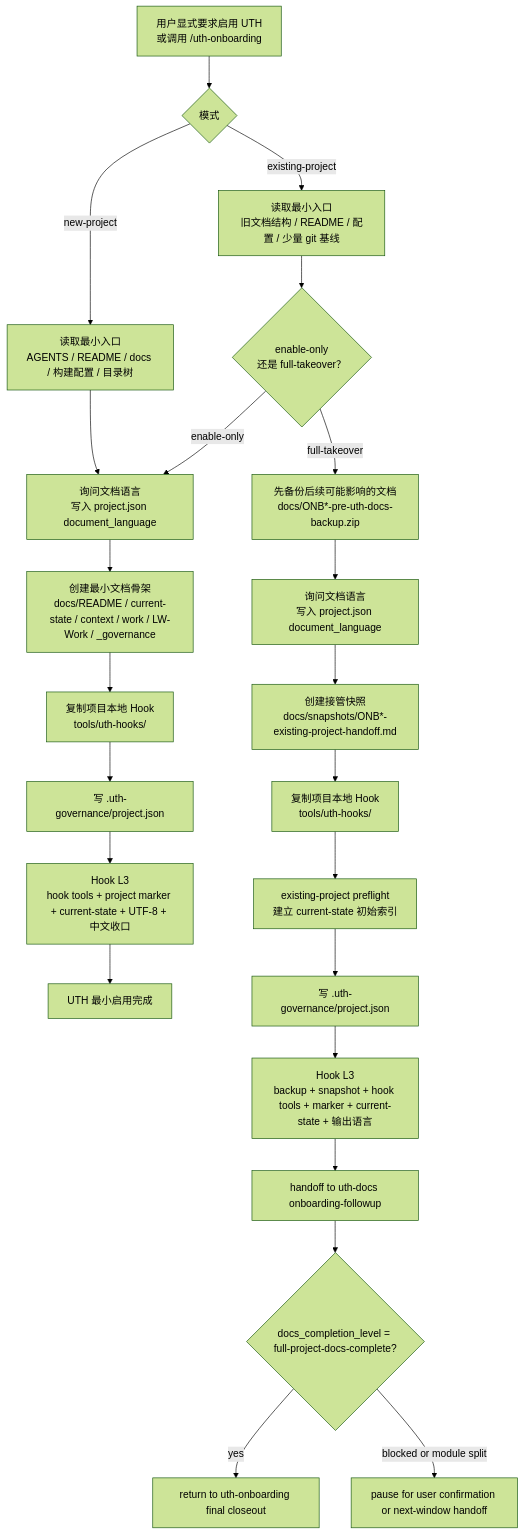
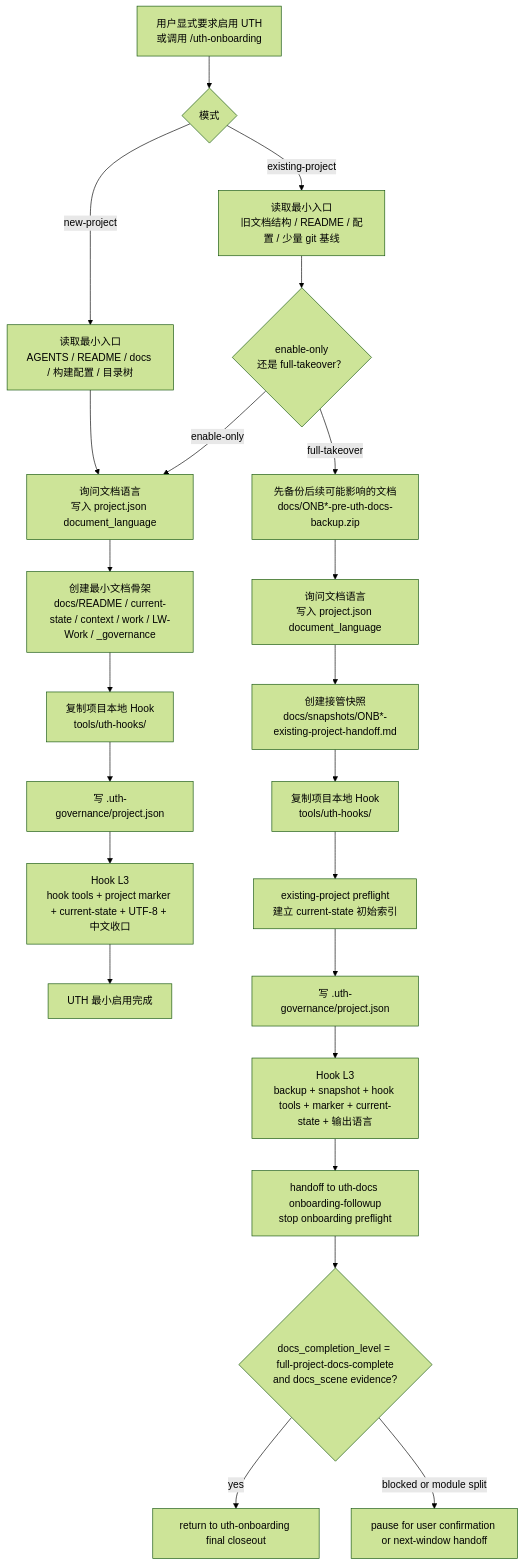
The fourth of 13 diagrams in docs/FLOW_全链路流程图.md (undertaker33/uth-governance), drawn with Mermaid (forest theme) before and after one commit. The commit also changed other lines of this file and 35 other files, not shown here.

````diff
--- a/docs/FLOW_全链路流程图.md
+++ b/docs/FLOW_全链路流程图.md
@@ -95,27 +95,27 @@
 ```mermaid
 flowchart TD
     A["用户显式要求启用 UTH<br/>或调用 /uth-onboarding"] --> B{"模式"}
     B -- "new-project" --> C["读取最小入口<br/>AGENTS / README / docs / 构建配置 / 目录树"]
     B -- "existing-project" --> D["读取最小入口<br/>旧文档结构 / README / 配置 / 少量 git 基线"]
 
     C --> E0["询问文档语言<br/>写入 project.json document_language"]
     E0 --> E["创建最小文档骨架<br/>docs/README / current-state / context / work / LW-Work / _governance"]
     E --> F["复制项目本地 Hook<br/>tools/uth-hooks/"]
     F --> G["写 .uth-governance/project.json"]
     G --> H1["Hook L3<br/>hook tools + project marker + current-state + UTF-8 + 中文收口"]
     H1 --> H["UTH 最小启用完成"]
 
     D --> D1{"enable-only<br/>还是 full-takeover？"}
     D1 -- "enable-only" --> E0
     D1 -- "full-takeover" --> I["先备份后续可能影响的文档<br/>docs/ONB*-pre-uth-docs-backup.zip"]
     I --> I0["询问文档语言<br/>写入 project.json document_language"]
     I0 --> J["创建接管快照<br/>docs/snapshots/ONB*-existing-project-handoff.md"]
     J --> K["复制项目本地 Hook<br/>tools/uth-hooks/"]
     K --> L["existing-project preflight<br/>建立 current-state 初始索引"]
     L --> M["写 .uth-governance/project.json"]
     M --> M1["Hook L3<br/>backup + snapshot + hook tools + marker + current-state + 输出语言"]
-    M1 --> N["handoff to uth-docs onboarding-followup"]
-    N --> O{"docs_completion_level = full-project-docs-complete?"}
+    M1 --> N["handoff to uth-docs onboarding-followup<br/>stop onboarding preflight"]
+    N --> O{"docs_completion_level = full-project-docs-complete<br/>and docs_scene evidence?"}
     O -- "yes" --> P["return to uth-onboarding final closeout"]
     O -- "blocked or module split" --> Q["pause for user confirmation or next-window handoff"]
 ```
````
